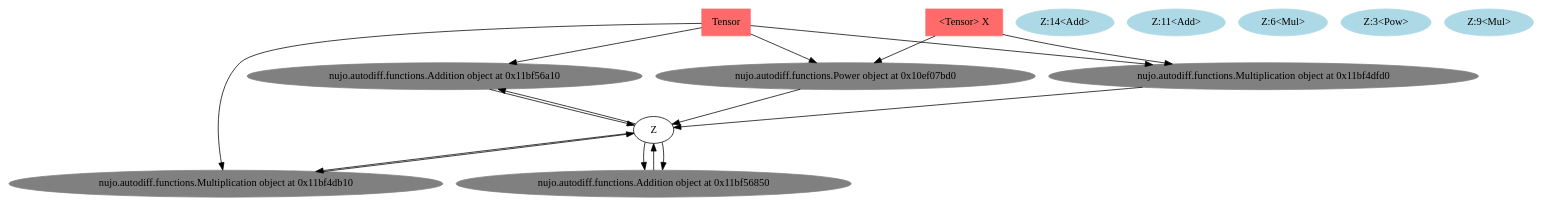
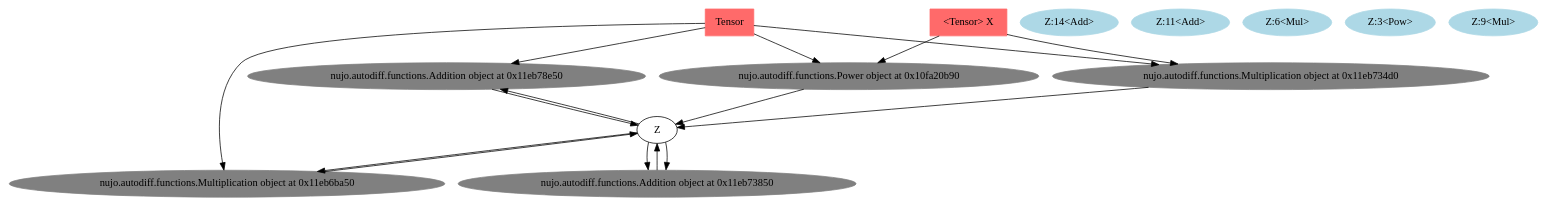
The diagram in Digraph.gv (VIVelev/nujo), drawn with Graphviz before and after one commit. The commit also changed 4 other files, not shown here.

```diff
--- a/Digraph.gv
+++ b/Digraph.gv
@@ -1,47 +1,47 @@
 digraph {
-	<nujo.autodiff.functions.Addition object at 0x11bf56a10> [color=gray shape=oval style=filled]
+	<nujo.autodiff.functions.Addition object at 0x11eb78e50> [color=gray shape=oval style=filled]
 	"Z:14<Add>" [color=lightblue shape=oval style=filled]
-	<nujo.autodiff.functions.Addition object at 0x11bf56a10> -> Z:"14<Add>"
+	<nujo.autodiff.functions.Addition object at 0x11eb78e50> -> Z:"14<Add>"
 	"Z:11<Add>" [color=lightblue shape=oval style=filled]
-	<nujo.autodiff.functions.Addition object at 0x11bf56a10> [color=gray shape=oval style=filled]
-	Z:"11<Add>" -> <nujo.autodiff.functions.Addition object at 0x11bf56a10>
-	<nujo.autodiff.functions.Addition object at 0x11bf56850> [color=gray shape=oval style=filled]
+	<nujo.autodiff.functions.Addition object at 0x11eb78e50> [color=gray shape=oval style=filled]
+	Z:"11<Add>" -> <nujo.autodiff.functions.Addition object at 0x11eb78e50>
+	<nujo.autodiff.functions.Addition object at 0x11eb73850> [color=gray shape=oval style=filled]
 	"Z:11<Add>" [color=lightblue shape=oval style=filled]
-	<nujo.autodiff.functions.Addition object at 0x11bf56850> -> Z:"11<Add>"
+	<nujo.autodiff.functions.Addition object at 0x11eb73850> -> Z:"11<Add>"
 	"Z:6<Mul>" [color=lightblue shape=oval style=filled]
-	<nujo.autodiff.functions.Addition object at 0x11bf56850> [color=gray shape=oval style=filled]
-	Z:"6<Mul>" -> <nujo.autodiff.functions.Addition object at 0x11bf56850>
-	<nujo.autodiff.functions.Multiplication object at 0x11bf4db10> [color=gray shape=oval style=filled]
+	<nujo.autodiff.functions.Addition object at 0x11eb73850> [color=gray shape=oval style=filled]
+	Z:"6<Mul>" -> <nujo.autodiff.functions.Addition object at 0x11eb73850>
+	<nujo.autodiff.functions.Multiplication object at 0x11eb6ba50> [color=gray shape=oval style=filled]
 	"Z:6<Mul>" [color=lightblue shape=oval style=filled]
-	<nujo.autodiff.functions.Multiplication object at 0x11bf4db10> -> Z:"6<Mul>"
+	<nujo.autodiff.functions.Multiplication object at 0x11eb6ba50> -> Z:"6<Mul>"
 	"Z:3<Pow>" [color=lightblue shape=oval style=filled]
-	<nujo.autodiff.functions.Multiplication object at 0x11bf4db10> [color=gray shape=oval style=filled]
-	Z:"3<Pow>" -> <nujo.autodiff.functions.Multiplication object at 0x11bf4db10>
-	<nujo.autodiff.functions.Power object at 0x10ef07bd0> [color=gray shape=oval style=filled]
+	<nujo.autodiff.functions.Multiplication object at 0x11eb6ba50> [color=gray shape=oval style=filled]
+	Z:"3<Pow>" -> <nujo.autodiff.functions.Multiplication object at 0x11eb6ba50>
+	<nujo.autodiff.functions.Power object at 0x10fa20b90> [color=gray shape=oval style=filled]
 	"Z:3<Pow>" [color=lightblue shape=oval style=filled]
-	<nujo.autodiff.functions.Power object at 0x10ef07bd0> -> Z:"3<Pow>"
+	<nujo.autodiff.functions.Power object at 0x10fa20b90> -> Z:"3<Pow>"
 	"<Tensor> X" [color=indianred1 shape=box style=filled]
-	<nujo.autodiff.functions.Power object at 0x10ef07bd0> [color=gray shape=oval style=filled]
-	"<Tensor> X" -> <nujo.autodiff.functions.Power object at 0x10ef07bd0>
+	<nujo.autodiff.functions.Power object at 0x10fa20b90> [color=gray shape=oval style=filled]
+	"<Tensor> X" -> <nujo.autodiff.functions.Power object at 0x10fa20b90>
 	<Tensor> [color=indianred1 shape=box style=filled]
-	<nujo.autodiff.functions.Power object at 0x10ef07bd0> [color=gray shape=oval style=filled]
-	<Tensor> -> <nujo.autodiff.functions.Power object at 0x10ef07bd0>
+	<nujo.autodiff.functions.Power object at 0x10fa20b90> [color=gray shape=oval style=filled]
+	<Tensor> -> <nujo.autodiff.functions.Power object at 0x10fa20b90>
 	<Tensor> [color=indianred1 shape=box style=filled]
-	<nujo.autodiff.functions.Multiplication object at 0x11bf4db10> [color=gray shape=oval style=filled]
-	<Tensor> -> <nujo.autodiff.functions.Multiplication object at 0x11bf4db10>
+	<nujo.autodiff.functions.Multiplication object at 0x11eb6ba50> [color=gray shape=oval style=filled]
+	<Tensor> -> <nujo.autodiff.functions.Multiplication object at 0x11eb6ba50>
 	"Z:9<Mul>" [color=lightblue shape=oval style=filled]
-	<nujo.autodiff.functions.Addition object at 0x11bf56850> [color=gray shape=oval style=filled]
-	Z:"9<Mul>" -> <nujo.autodiff.functions.Addition object at 0x11bf56850>
-	<nujo.autodiff.functions.Multiplication object at 0x11bf4dfd0> [color=gray shape=oval style=filled]
+	<nujo.autodiff.functions.Addition object at 0x11eb73850> [color=gray shape=oval style=filled]
+	Z:"9<Mul>" -> <nujo.autodiff.functions.Addition object at 0x11eb73850>
+	<nujo.autodiff.functions.Multiplication object at 0x11eb734d0> [color=gray shape=oval style=filled]
 	"Z:9<Mul>" [color=lightblue shape=oval style=filled]
-	<nujo.autodiff.functions.Multiplication object at 0x11bf4dfd0> -> Z:"9<Mul>"
+	<nujo.autodiff.functions.Multiplication object at 0x11eb734d0> -> Z:"9<Mul>"
 	"<Tensor> X" [color=indianred1 shape=box style=filled]
-	<nujo.autodiff.functions.Multiplication object at 0x11bf4dfd0> [color=gray shape=oval style=filled]
-	"<Tensor> X" -> <nujo.autodiff.functions.Multiplication object at 0x11bf4dfd0>
+	<nujo.autodiff.functions.Multiplication object at 0x11eb734d0> [color=gray shape=oval style=filled]
+	"<Tensor> X" -> <nujo.autodiff.functions.Multiplication object at 0x11eb734d0>
 	<Tensor> [color=indianred1 shape=box style=filled]
-	<nujo.autodiff.functions.Multiplication object at 0x11bf4dfd0> [color=gray shape=oval style=filled]
-	<Tensor> -> <nujo.autodiff.functions.Multiplication object at 0x11bf4dfd0>
+	<nujo.autodiff.functions.Multiplication object at 0x11eb734d0> [color=gray shape=oval style=filled]
+	<Tensor> -> <nujo.autodiff.functions.Multiplication object at 0x11eb734d0>
 	<Tensor> [color=indianred1 shape=box style=filled]
-	<nujo.autodiff.functions.Addition object at 0x11bf56a10> [color=gray shape=oval style=filled]
-	<Tensor> -> <nujo.autodiff.functions.Addition object at 0x11bf56a10>
+	<nujo.autodiff.functions.Addition object at 0x11eb78e50> [color=gray shape=oval style=filled]
+	<Tensor> -> <nujo.autodiff.functions.Addition object at 0x11eb78e50>
 }
```
